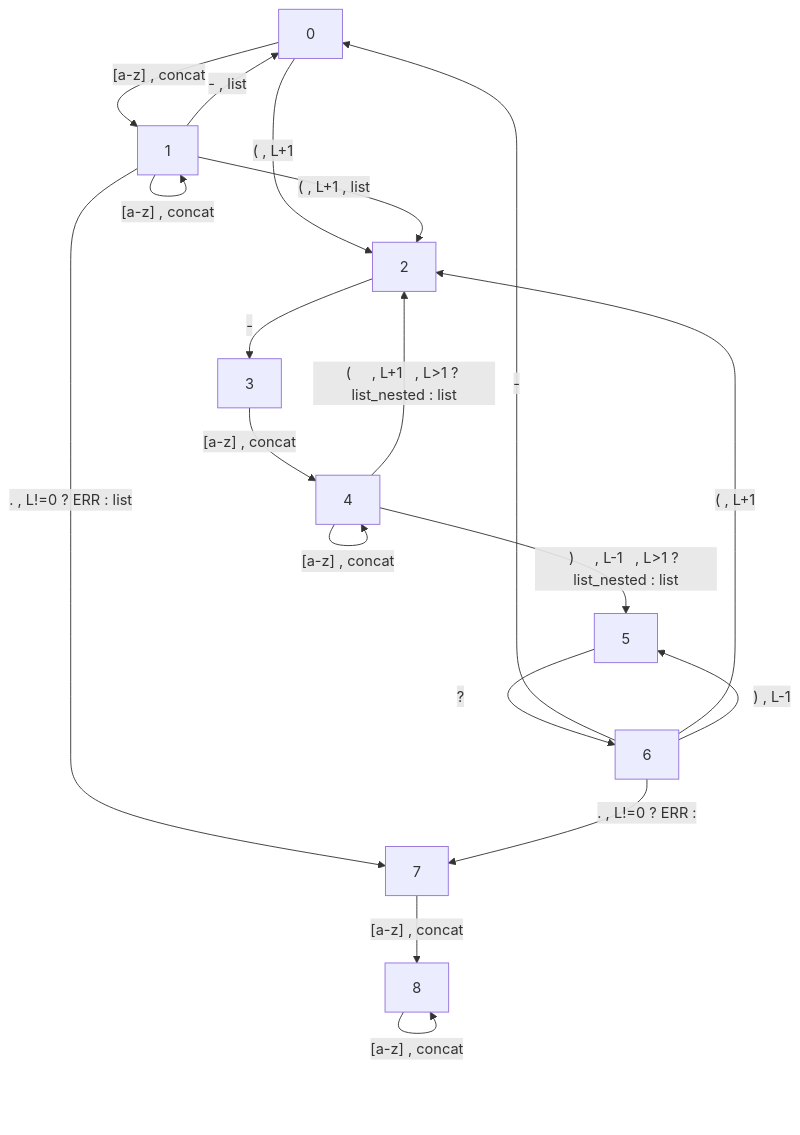
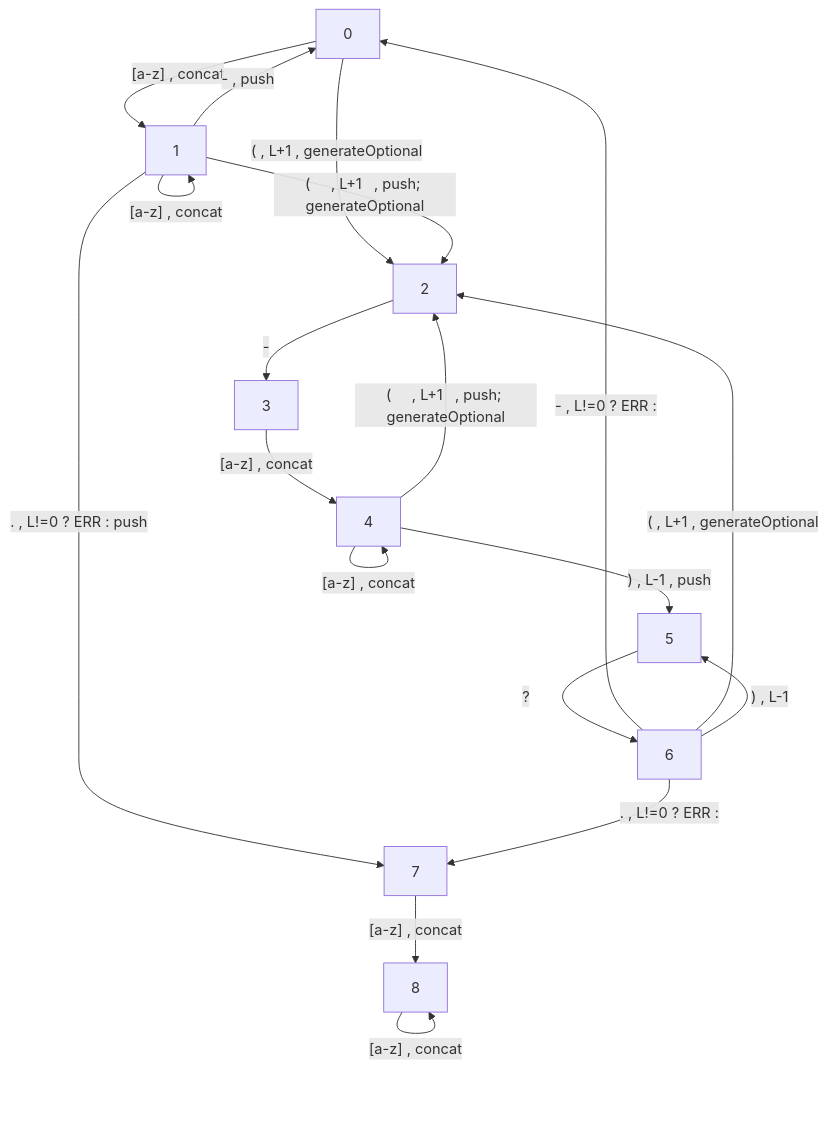
Before and after one commit to csunibo/synta: the diagram in README.md, drawn with Mermaid. The commit also changed other lines of this file and 4 other files, not shown here.

Commit message:
Still Not Working, trying to fix nested optional segments

````diff
--- a/README.md
+++ b/README.md
@@ -73,21 +73,21 @@
 ``` mermaid
 graph TD
 0 -- "[a-z]         , concat"                   --> 1
-0 -- "(     , L+1     "                         --> 2
-1 -- "-             , list"                     --> 0
+0 -- "(     , L+1   , generateOptional"         --> 2
+1 -- "-             , push"                     --> 0
 1 -- "[a-z]         , concat"                   --> 1
-1 -- "(     , L+1   , list"                     --> 2
-1 -- ".             , L!=0 ? ERR : list"        --> 7
+1 -- "(     , L+1   , push; generateOptional"   --> 2
+1 -- ".             , L!=0 ? ERR : push"        --> 7
 2 -- "-               "                         --> 3
 3 -- "[a-z]         , concat"                   --> 4
-4 -- "(     , L+1   , L>1 ? list_nested : list" --> 2
+4 -- "(     , L+1   , push; generateOptional"   --> 2
 4 -- "[a-z]         , concat"                   --> 4
-4 -- ")     , L-1   , L>1 ? list_nested : list" --> 5
+4 -- ")     , L-1   , push"                     --> 5
 5 -- "?"                                        --> 6
-6 -- "-               "                         --> 0
-6 -- "(     , L+1     "                         --> 2
+6 -- "-             , L!=0 ? ERR : "            --> 0
+6 -- "(     , L+1   , generateOptional "        --> 2
 6 -- ")     , L-1     "                         --> 5
 6 -- ".             , L!=0 ? ERR : "            --> 7
 7 -- "[a-z]         , concat"                   --> 8
 8 -- "[a-z]         , concat"                   --> 8
 ```
````
